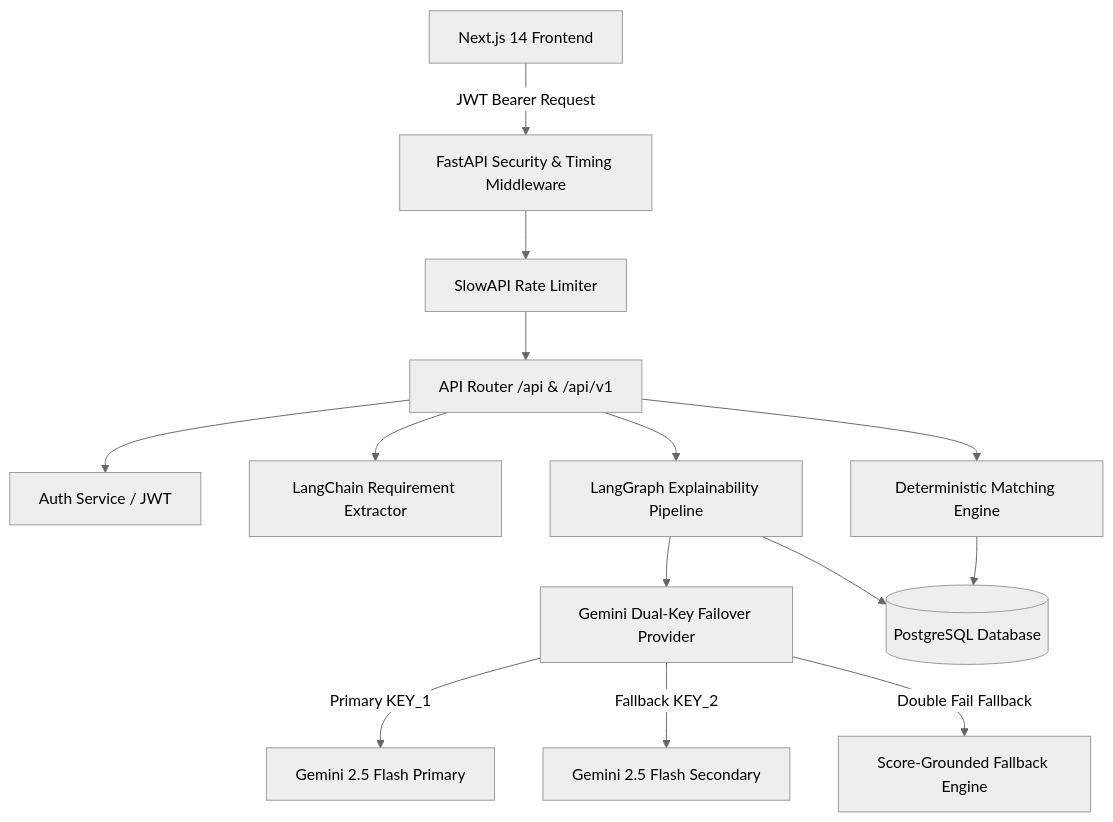
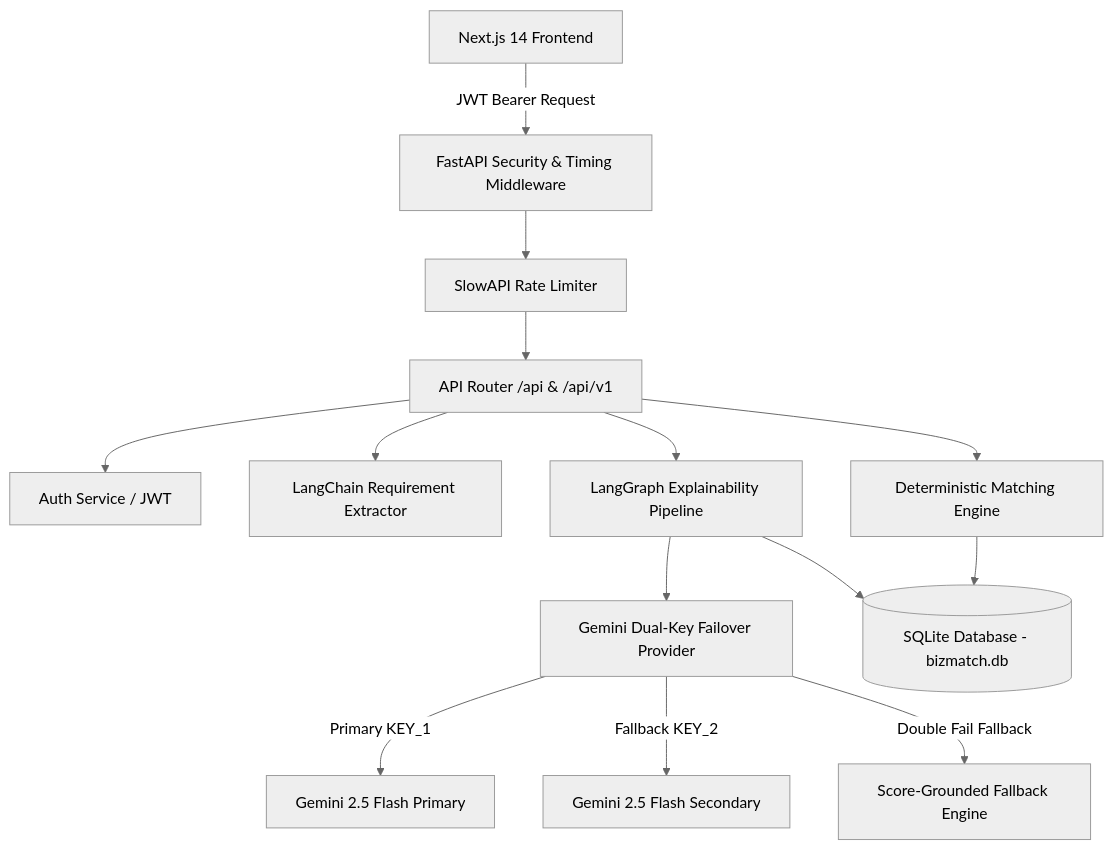
The diagram in README.md (iammarafzal/BizMatch_AI_Pak_Angels_Hackathon), drawn with Mermaid (neutral theme) before and after one commit. The commit also changed other lines of this file and 22 other files, not shown here.

Commit message:
feat: migrate backend database to SQLite with zero external dependencies, auto-seeding, and email validation

````diff
--- a/README.md
+++ b/README.md
@@ -26,19 +27,19 @@
 ```mermaid
 flowchart TD
     Client[Next.js 14 Frontend] -->|JWT Bearer Request| Middleware[FastAPI Security & Timing Middleware]
     Middleware --> RateLimiter[SlowAPI Rate Limiter]
     RateLimiter --> Router[API Router /api & /api/v1]
     
     Router --> Auth[Auth Service / JWT]
     Router --> Extractor[LangChain Requirement Extractor]
     Router --> Matcher[Deterministic Matching Engine]
     Router --> Explainer[LangGraph Explainability Pipeline]
     
     Explainer --> DualKeyManager[Gemini Dual-Key Failover Provider]
     DualKeyManager -->|Primary KEY_1| Gemini1[Gemini 2.5 Flash Primary]
     DualKeyManager -->|Fallback KEY_2| Gemini2[Gemini 2.5 Flash Secondary]
     DualKeyManager -->|Double Fail Fallback| DeterministicEngine[Score-Grounded Fallback Engine]
     
-    Matcher --> DB[(PostgreSQL Database)]
+    Matcher --> DB[(SQLite Database - bizmatch.db)]
     Explainer --> DB
 ```
````
